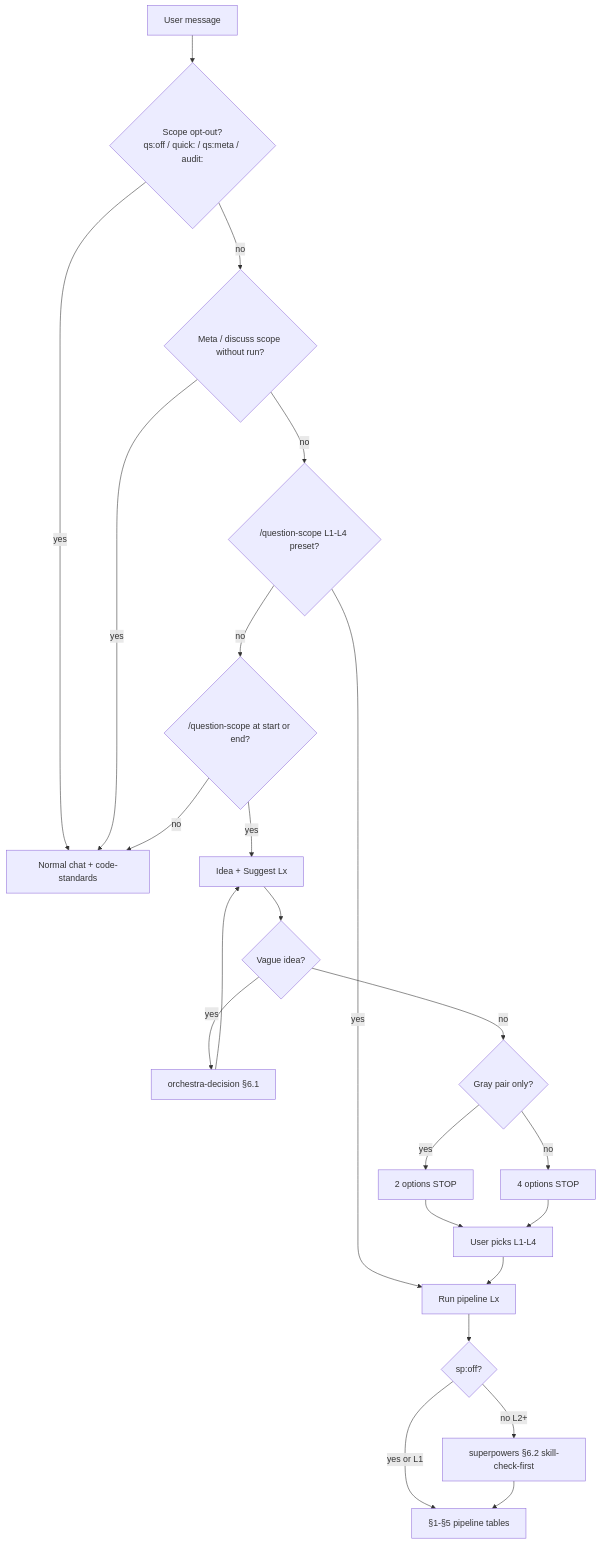
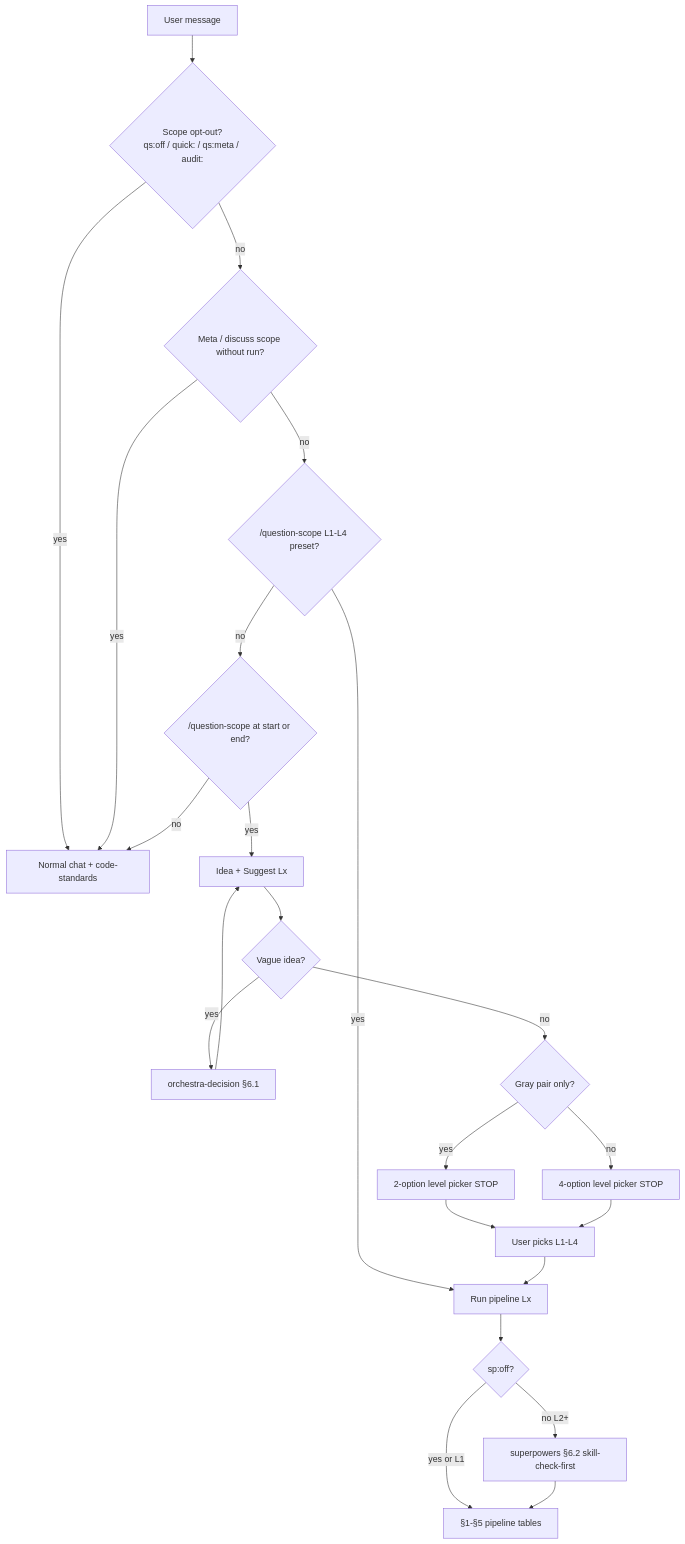
The diagram in skills/question-scope/references/pipelines-skill-map.md (duongvanhaiwork-coder/workspace), drawn with Mermaid before and after one commit. The commit also changed other lines of this file and 73 other files, not shown here.

````diff
--- a/skills/question-scope/references/pipelines-skill-map.md
+++ b/skills/question-scope/references/pipelines-skill-map.md
@@ -34,25 +34,25 @@
 ```mermaid
 flowchart TD
   A[User message] --> B{Scope opt-out?<br/>qs:off / quick: / qs:meta / audit:}
   B -->|yes| Z[Normal chat + code-standards]
   B -->|no| C{Meta / discuss scope without run?}
   C -->|yes| Z
   C -->|no| D{/question-scope L1-L4 preset?}
   D -->|yes| RUN[Run pipeline Lx]
   D -->|no| E{/question-scope at start or end?}
   E -->|no| Z
   E -->|yes| F[Idea + Suggest Lx]
   F --> G{Vague idea?}
   G -->|yes| O[orchestra-decision §6.1]
   O --> F
   G -->|no| H{Gray pair only?}
-  H -->|yes| T[2 options STOP]
-  H -->|no| I[4 options STOP]
+  H -->|yes| T[2-option level picker STOP]
+  H -->|no| I[4-option level picker STOP]
   T --> J[User picks L1-L4]
   I --> J
   J --> RUN
   RUN --> SP{sp:off?}
   SP -->|no L2+| SUP[superpowers §6.2 skill-check-first]
   SP -->|yes or L1| PIPE[§1-§5 pipeline tables]
   SUP --> PIPE
 ```
````
